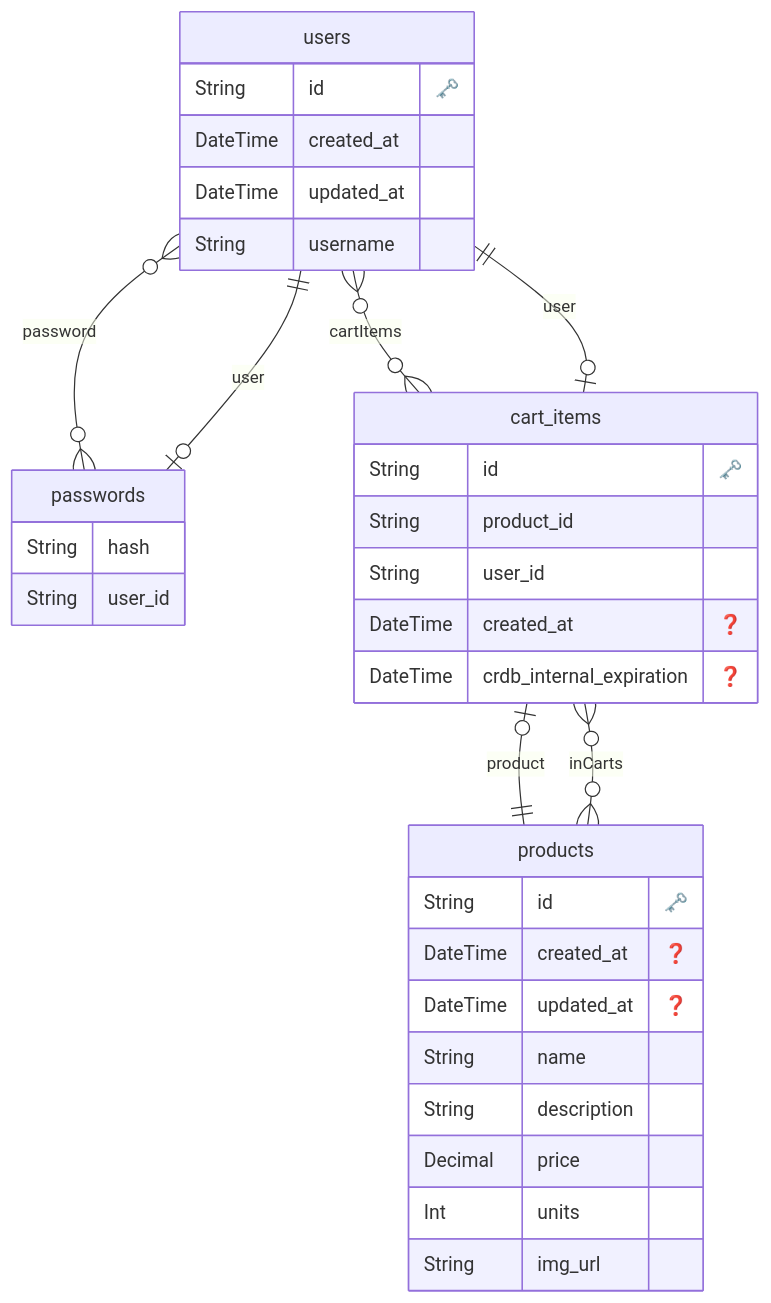
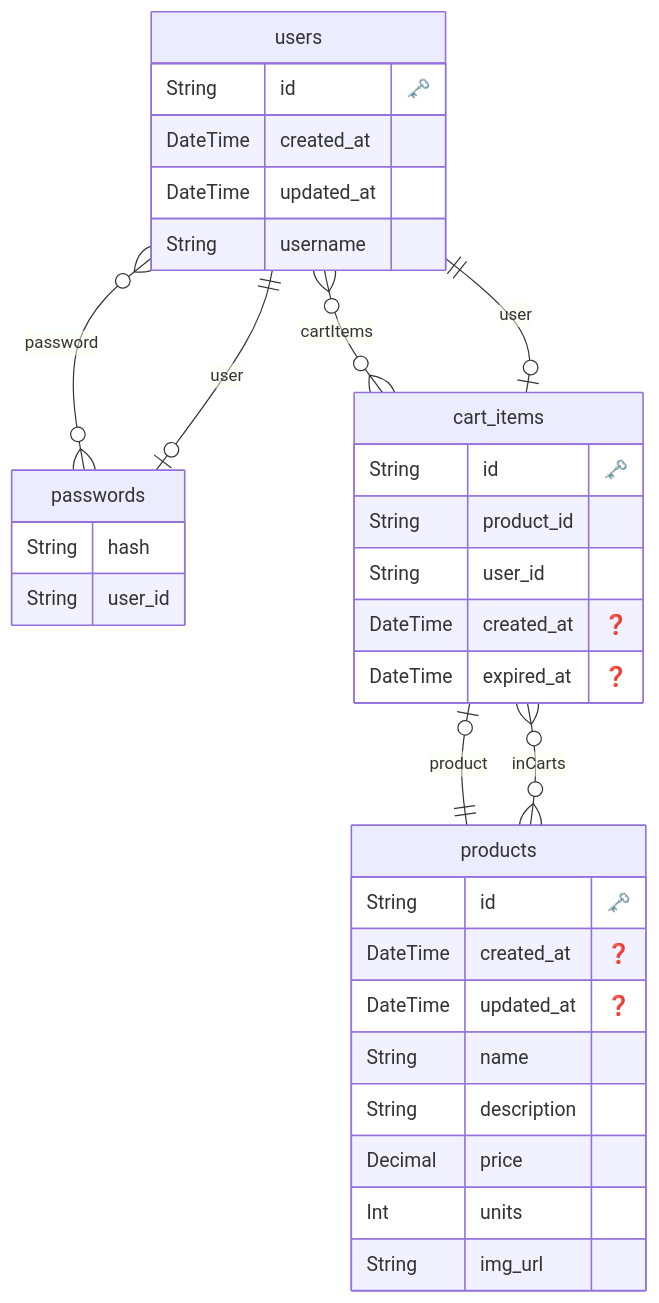
Before and after one commit to aydrian/roach-mart: the diagram in erd.md, drawn with Mermaid. The commit also changed 13 other files, not shown here.

````diff
--- a/erd.md
+++ b/erd.md
@@ -1,44 +1,44 @@
 ```mermaid
 erDiagram
 
   "users" {
     String id "🗝️"
     DateTime created_at 
     DateTime updated_at 
     String username 
     }
   
 
   "passwords" {
     String hash 
     String user_id 
     }
   
 
   "products" {
     String id "🗝️"
     DateTime created_at "❓"
     DateTime updated_at "❓"
     String name 
     String description 
     Decimal price 
     Int units 
     String img_url 
     }
   
 
   "cart_items" {
     String id "🗝️"
     String product_id 
     String user_id 
     DateTime created_at "❓"
-    DateTime crdb_internal_expiration "❓"
+    DateTime expired_at "❓"
     }
   
     "users" o{--}o "passwords" : "password"
     "users" o{--}o "cart_items" : "cartItems"
     "passwords" o|--|| "users" : "user"
     "products" o{--}o "cart_items" : "inCarts"
     "cart_items" o|--|| "products" : "product"
     "cart_items" o|--|| "users" : "user"
 ```
````
